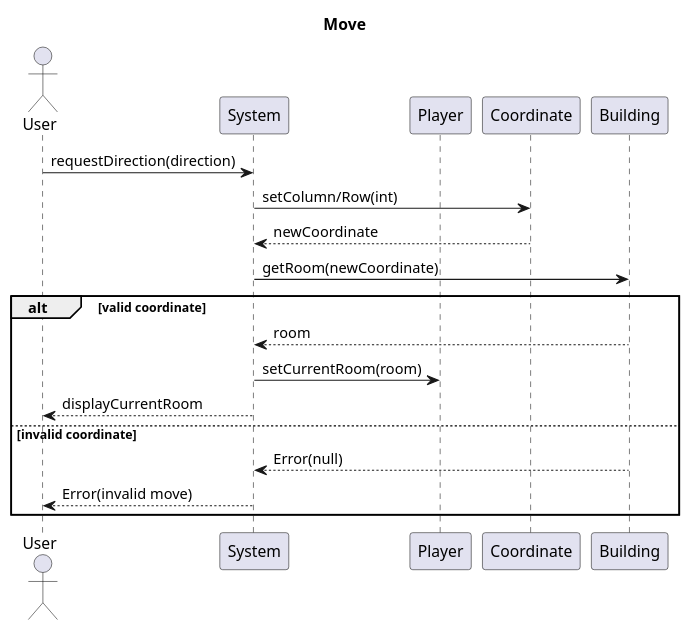
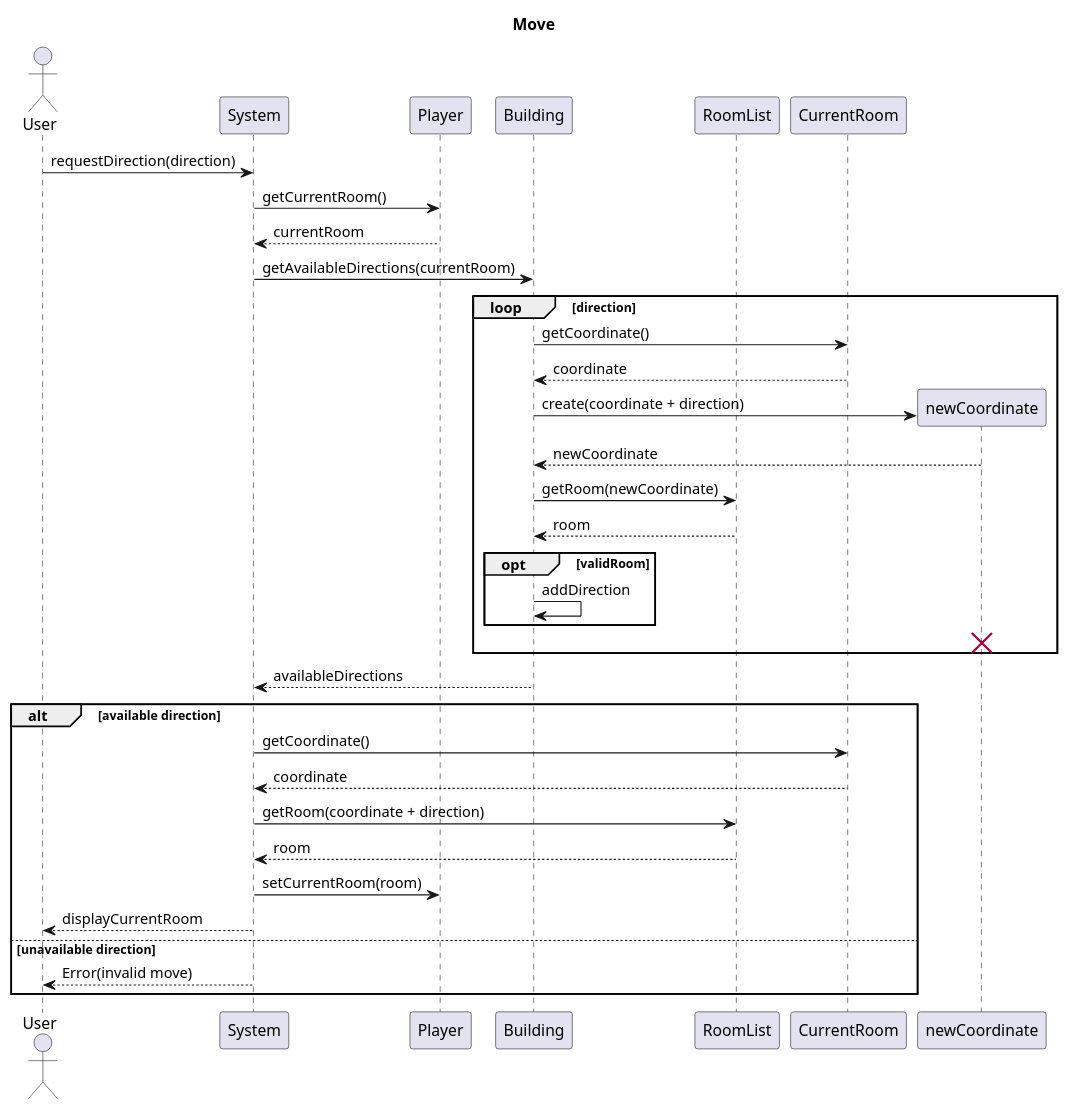
One commit to EDIDS/EDIDS_Proj changed the diagram in src/main/java/com/extraction/uml/uml diagrams/Internal Sequence Diagrams/Move.puml. Above: the diagram before and after it, drawn with PlantUML. The commit also changed 5 other files, not shown here.

Commit message:
Updated internal sequence diagrams.

```diff
--- a/src/main/java/com/extraction/uml/uml diagrams/Internal Sequence Diagrams/Move.puml
+++ b/src/main/java/com/extraction/uml/uml diagrams/Internal Sequence Diagrams/Move.puml
@@ -1,24 +1,40 @@
 @startuml
 
 title Move
 
 actor User
 participant System
 participant Player
-participant Coordinate
 participant Building
+participant RoomList
+participant CurrentRoom
 
 User -> System : requestDirection(direction)
-System -> Coordinate : setColumn/Row(int)
-return newCoordinate
-System -> Building : getRoom(newCoordinate)
-alt valid coordinate
-  Building --> System : room
+System -> Player : getCurrentRoom()
+return currentRoom
+System -> Building : getAvailableDirections(currentRoom)
+loop direction
+    Building -> CurrentRoom : getCoordinate()
+      return coordinate
+    Building -> newCoordinate ** : create(coordinate + direction)
+    return newCoordinate
+    Building -> RoomList : getRoom(newCoordinate)
+    return room
+    opt validRoom
+        Building -> Building : addDirection
+    end
+    destroy newCoordinate
+end
+Building --> System : availableDirections
+alt available direction
+  System -> CurrentRoom : getCoordinate()
+  return coordinate
+  System -> RoomList : getRoom(coordinate + direction)
+  return room
   System -> Player : setCurrentRoom(room)
   System --> User : displayCurrentRoom
-else invalid coordinate
-  Building --> System : Error(null)
+else unavailable direction
   System --> User : Error(invalid move) 
 end
 
 @enduml
```
